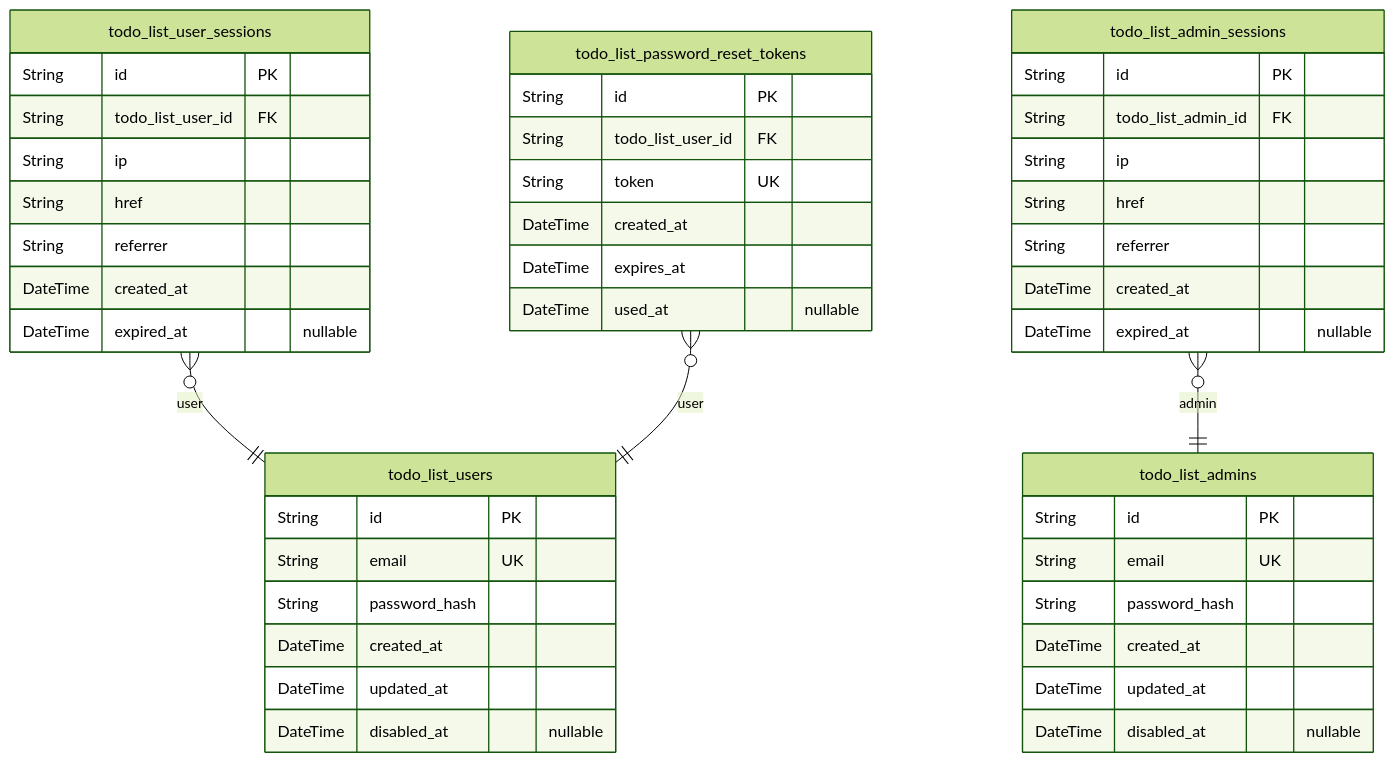
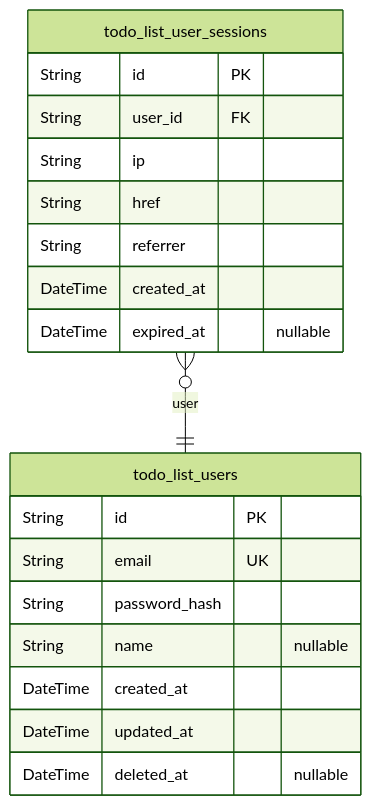
One commit to wrtnlabs/autobe-examples changed the first of 3 diagrams in anthropic/claude-sonnet-4.5/todo/docs/ERD.md. Above: the diagram before and after it, drawn with Mermaid (forest theme). The commit also changed other lines of this file and 1725 other files, not shown here.

````diff
--- a/anthropic/claude-sonnet-4.5/todo/docs/ERD.md
+++ b/anthropic/claude-sonnet-4.5/todo/docs/ERD.md
@@ -10,48 +11,22 @@
 ```mermaid
 erDiagram
 "todo_list_users" {
   String id PK
   String email UK
   String password_hash
+  String name "nullable"
   DateTime created_at
   DateTime updated_at
-  DateTime disabled_at "nullable"
+  DateTime deleted_at "nullable"
 }
 "todo_list_user_sessions" {
   String id PK
-  String todo_list_user_id FK
+  String user_id FK
   String ip
   String href
   String referrer
   DateTime created_at
   DateTime expired_at "nullable"
 }
-"todo_list_admins" {
-  String id PK
-  String email UK
-  String password_hash
-  DateTime created_at
-  DateTime updated_at
-  DateTime disabled_at "nullable"
-}
-"todo_list_admin_sessions" {
-  String id PK
-  String todo_list_admin_id FK
-  String ip
-  String href
-  String referrer
-  DateTime created_at
-  DateTime expired_at "nullable"
-}
-"todo_list_password_reset_tokens" {
-  String id PK
-  String todo_list_user_id FK
-  String token UK
-  DateTime created_at
-  DateTime expires_at
-  DateTime used_at "nullable"
-}
 "todo_list_user_sessions" }o--|| "todo_list_users" : user
-"todo_list_admin_sessions" }o--|| "todo_list_admins" : admin
-"todo_list_password_reset_tokens" }o--|| "todo_list_users" : user
 ```
````
